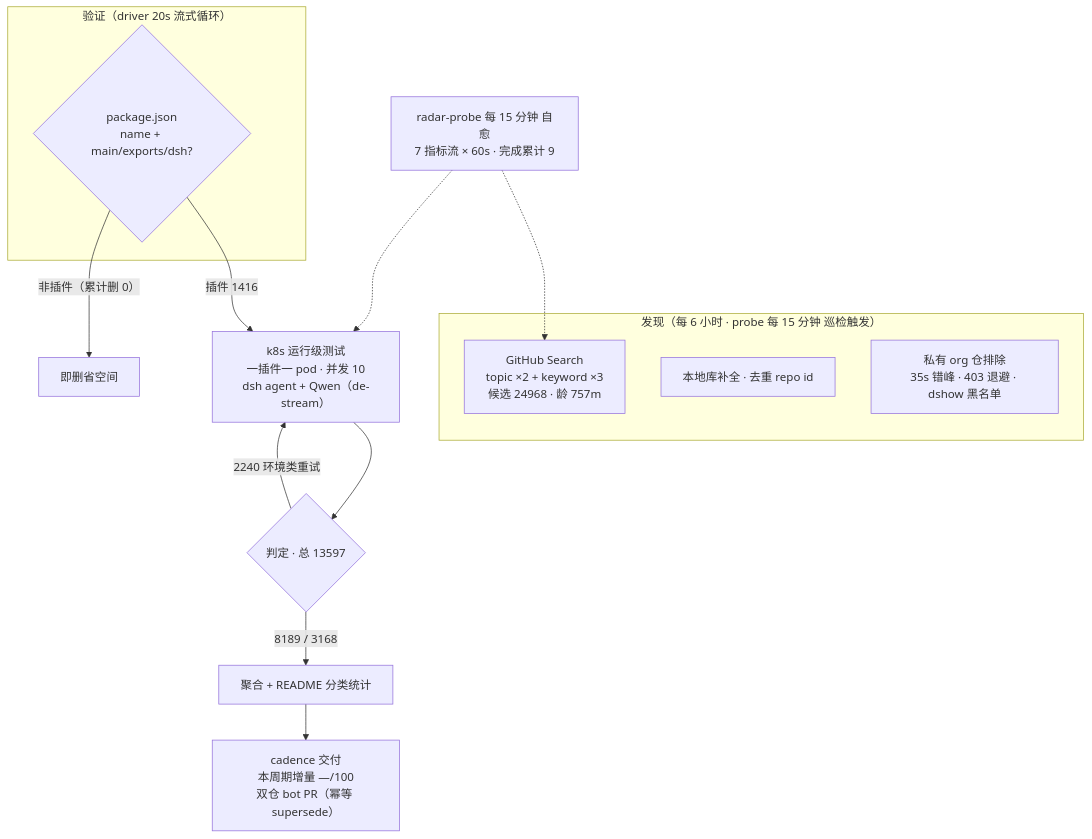
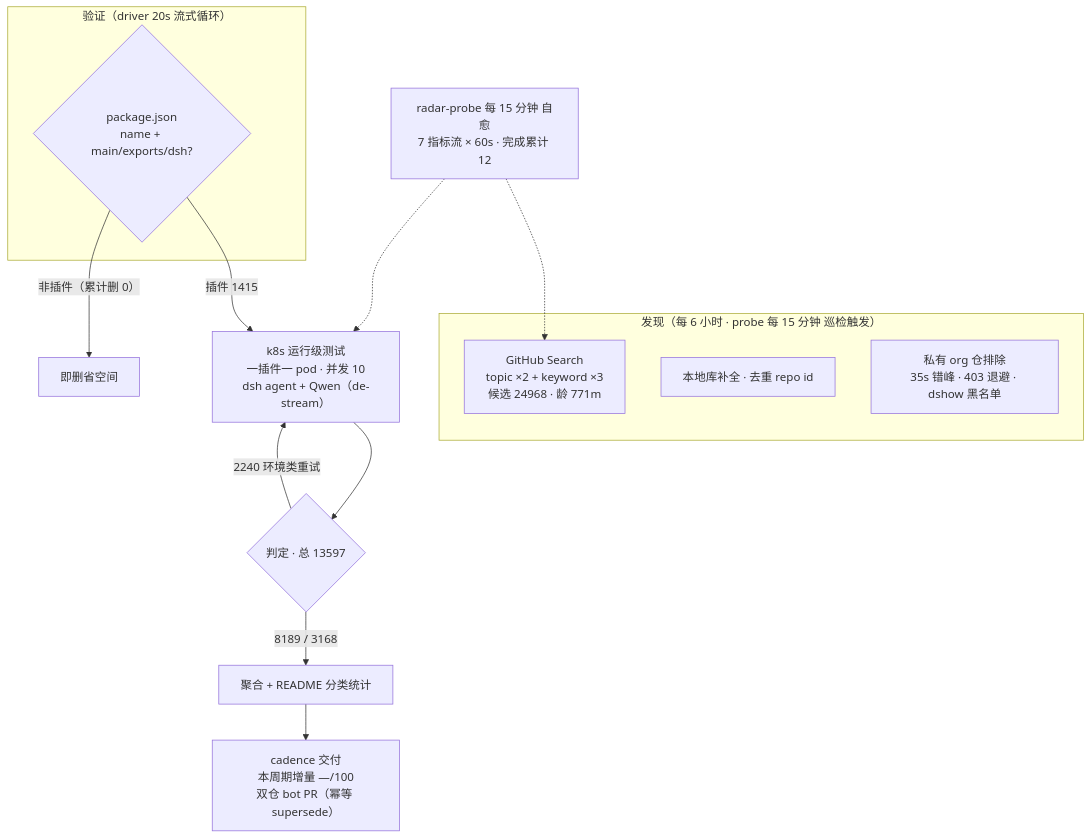
Before and after one commit to Zhidao-Lab-OSS/awesome-dsh-plugins: the diagram in README.md, drawn with Mermaid. The commit also changed other lines of this file and 1 other file, not shown here.

Commit message:
readme-render: 渲染自快照 20260930T183001Z（自托管 Bot B · merge 门控）

````diff
--- a/README.md
+++ b/README.md
@@ -99,20 +99,20 @@
 ```mermaid
 flowchart TB
     subgraph Discovery["发现（每 6 小时 · probe 每 15 分钟 巡检触发）"]
-        A1["GitHub Search<br/>topic ×2 + keyword ×3<br/>候选 24968 · 龄 757m"]
+        A1["GitHub Search<br/>topic ×2 + keyword ×3<br/>候选 24968 · 龄 771m"]
         A2["本地库补全 · 去重 repo id"]
         A3["私有 org 仓排除<br/>35s 错峰 · 403 退避 · dshow 黑名单"]
     end
     subgraph Validation["验证（driver 20s 流式循环）"]
         B1{"package.json<br/>name + main/exports/dsh?"}
     end
-    B1 -->|"插件 1416"| C1["k8s 运行级测试<br/>一插件一 pod · 并发 10<br/>dsh agent + Qwen（de-stream）"]
+    B1 -->|"插件 1415"| C1["k8s 运行级测试<br/>一插件一 pod · 并发 10<br/>dsh agent + Qwen（de-stream）"]
     B1 -->|"非插件（累计删 0）"| B3["即删省空间"]
     C1 --> D1{"判定 · 总 13597"}
     D1 -->|"8189 / 3168"| E1["聚合 + README 分类统计"]
     D1 -->|"2240 环境类重试"| C1
     E1 --> E2["cadence 交付<br/>本周期增量 —/100<br/>双仓 bot PR（幂等 supersede）"]
-    M["radar-probe 每 15 分钟 自愈<br/>7 指标流 × 60s · 完成累计 9"]
+    M["radar-probe 每 15 分钟 自愈<br/>7 指标流 × 60s · 完成累计 12"]
     M -.-> A1
     M -.-> C1
 ```
````
